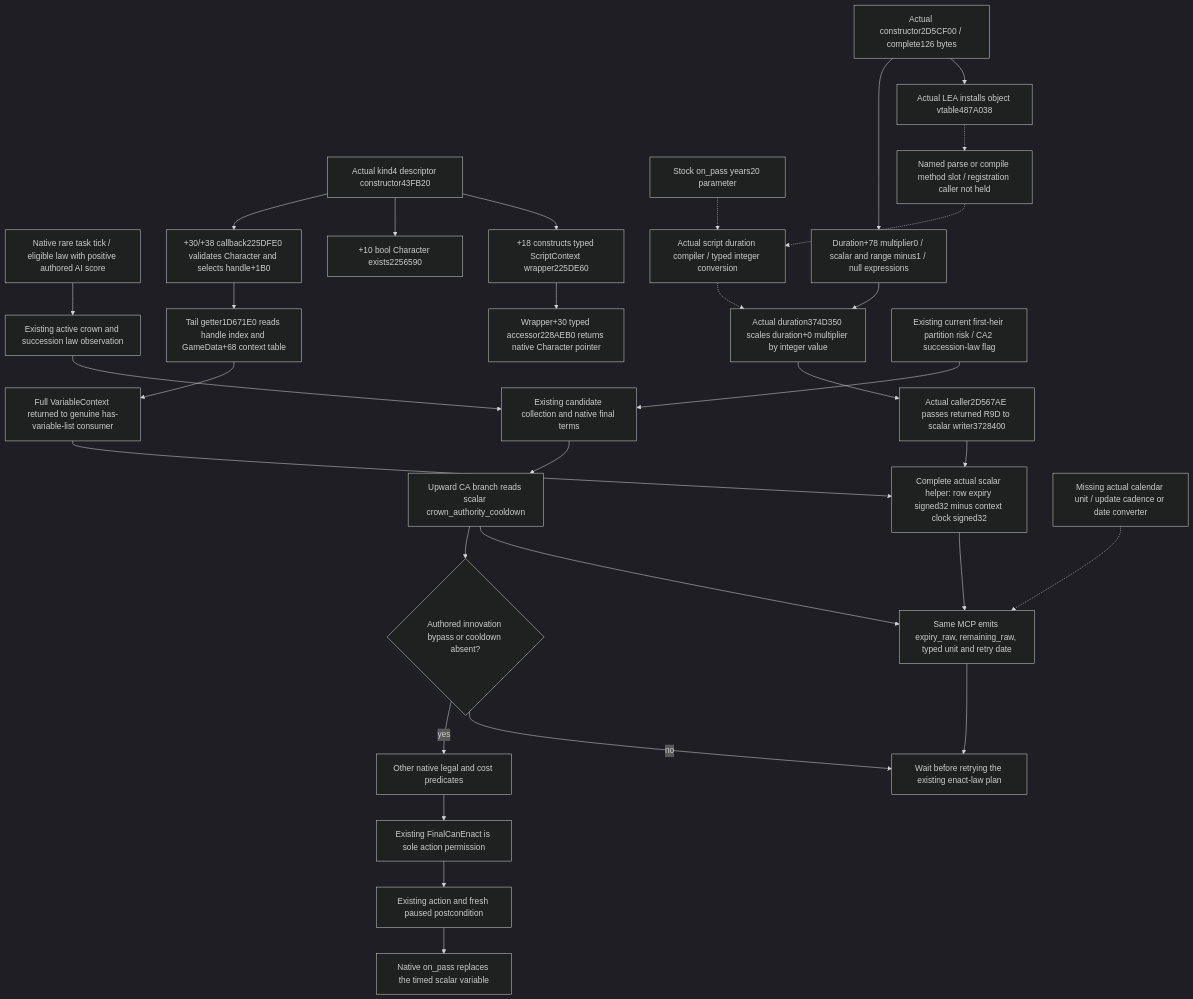
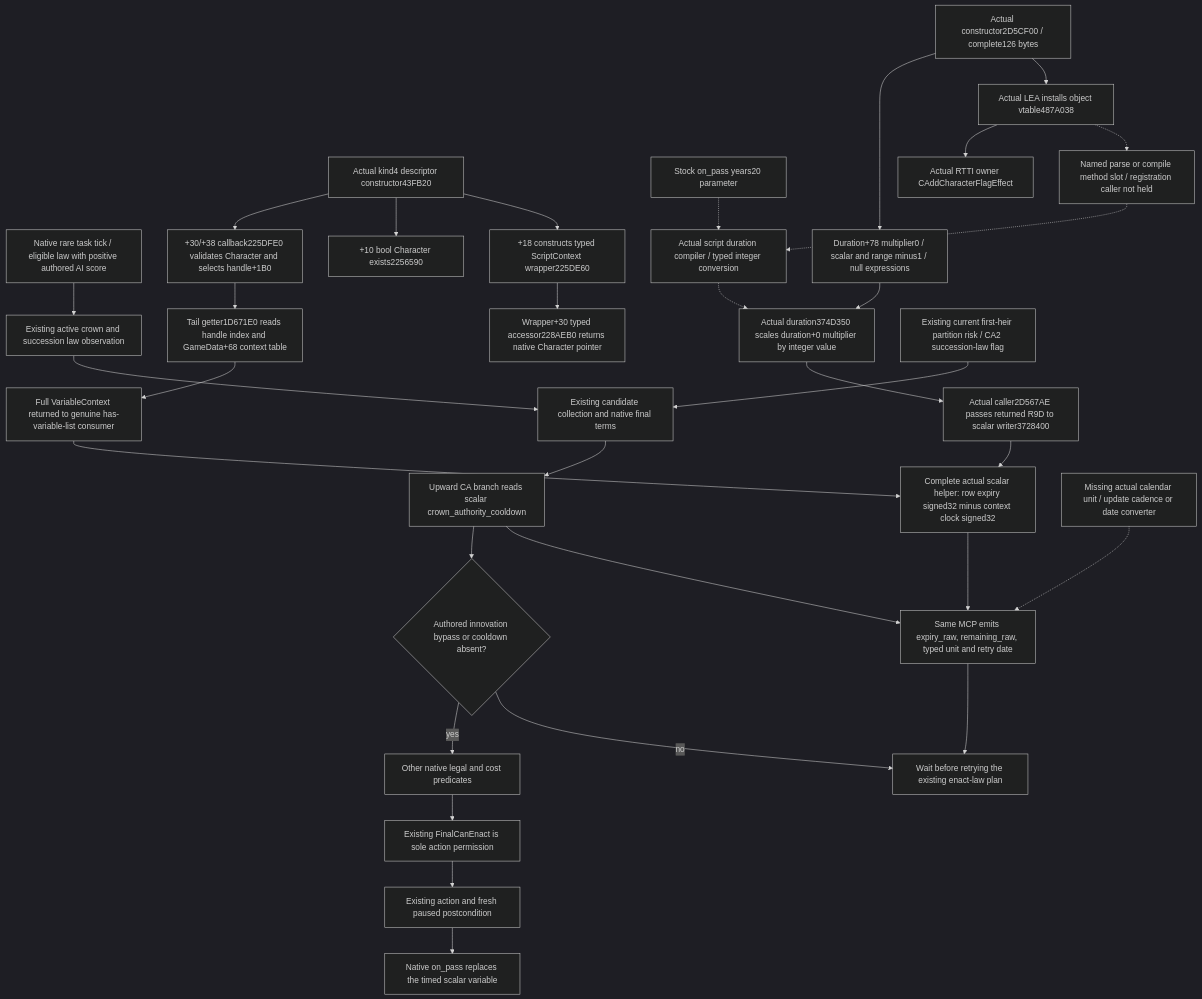
One commit to XenoAmess/ck3_eternal_recurrence changed the diagram in docs/ck3-native-ai/crown-authority-cooldown-observer-12004.md. Above: the diagram before and after it, drawn with Mermaid (dark theme). The commit also changed other lines of this file and 1 other file, not shown here.

Commit message:
Document actual M7 effect manager registration and clock unit frontier

````diff
--- a/docs/ck3-native-ai/crown-authority-cooldown-observer-12004.md
+++ b/docs/ck3-native-ai/crown-authority-cooldown-observer-12004.md
@@ -13,33 +13,34 @@
 ```mermaid
 flowchart TD
   N[Native rare task tick / eligible law with positive authored AI score] --> A[Existing active crown and succession law observation]
   A --> C[Existing candidate collection and native final terms]
   C --> V[Upward CA branch reads scalar crown_authority_cooldown]
   V --> B{Authored innovation bypass or cooldown absent?}
   B -->|yes| P[Other native legal and cost predicates]
   B -->|no| W[Wait before retrying the existing enact-law plan]
   P --> F[Existing FinalCanEnact is sole action permission]
   F --> O[Existing action and fresh paused postcondition]
   O --> E[Native on_pass replaces the timed scalar variable]
   S[Complete actual scalar helper: row expiry signed32 minus context clock signed32] --> T[Same MCP emits expiry_raw, remaining_raw, typed unit and retry date]
   R[Actual kind4 descriptor constructor43FB20] --> X[+30/+38 callback225DFE0 validates Character and selects handle+1B0]
   R --> K[+10 bool Character exists2256590]
   R --> Y[+18 constructs typed ScriptContext wrapper225DE60]
   X --> G[Tail getter1D671E0 reads handle index and GameData+68 context table]
   G --> Q[Full VariableContext returned to genuine has-variable-list consumer]
   Y --> Z[Wrapper+30 typed accessor228AEB0 returns native Character pointer]
   Q --> S
   U[Missing actual calendar unit / update cadence or date converter] -.-> T
   D[Stock on_pass years20 parameter] -.-> J[Actual script duration compiler / typed integer conversion]
   J -.-> I[Actual duration374D350 scales duration+0 multiplier by integer value]
   I --> SW[Actual caller2D567AE passes returned R9D to scalar writer3728400]
   CT[Actual constructor2D5CF00 / complete126 bytes] --> DF[Duration+78 multiplier0 / scalar and range minus1 / null expressions]
   CT --> VT[Actual LEA installs object vtable487A038]
+  VT --> OT[Actual RTTI owner CAddCharacterFlagEffect]
   VT -.-> PS[Named parse or compile method slot / registration caller not held]
   PS -.-> J
   DF --> I
   SW --> S
   V --> T
   T --> W
   H[Existing current first-heir partition risk / CA2 succession-law flag] --> C
 ```
````
